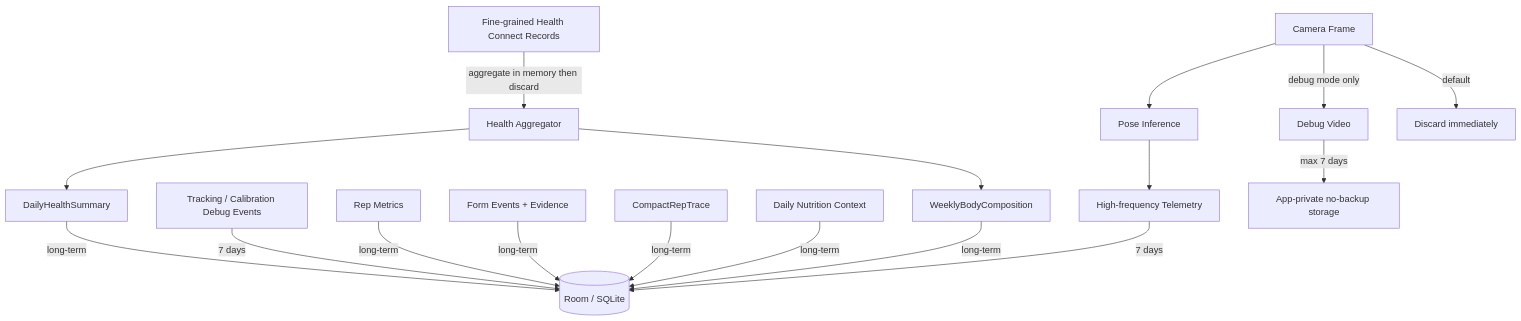
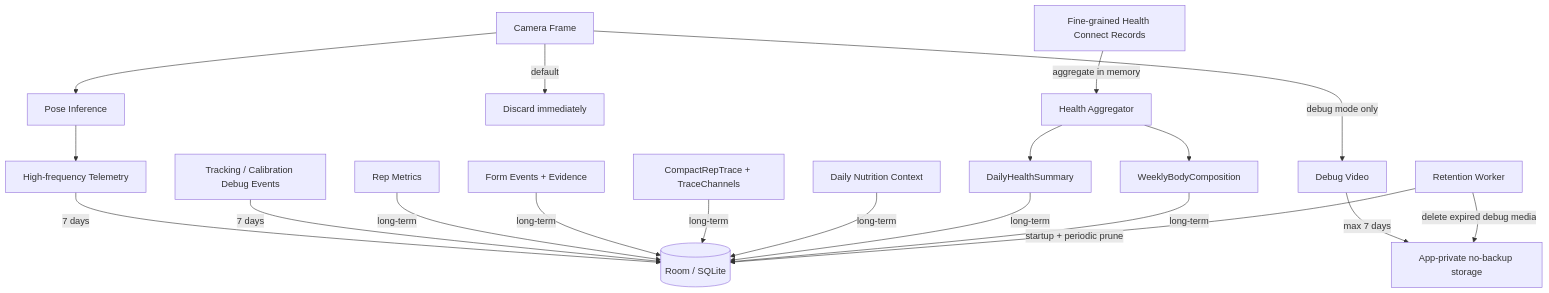
The seventh of 7 diagrams in docs/uml/OVERVIEW.md (lazerta/gym-buddy), drawn with Mermaid before and after one commit. The commit also changed other lines of this file, not shown here.

Commit message:
UML v0.5: sync overview with second-review fixes

````diff
--- a/docs/uml/OVERVIEW.md
+++ b/docs/uml/OVERVIEW.md
@@ -321,19 +334,21 @@
 ```mermaid
 flowchart TD
     F[Camera Frame] --> P[Pose Inference]
     F -->|debug mode only| V[Debug Video]
     F -->|default| D1[Discard immediately]
     P --> T[High-frequency Telemetry]
     T -->|7 days| DB[(Room / SQLite)]
     TE[Tracking / Calibration Debug Events] -->|7 days| DB
     M[Rep Metrics] -->|long-term| DB
     E[Form Events + Evidence] -->|long-term| DB
-    CT[CompactRepTrace] -->|long-term| DB
+    CT[CompactRepTrace + TraceChannels] -->|long-term| DB
     N[Daily Nutrition Context] -->|long-term| DB
     DH[DailyHealthSummary] -->|long-term| DB
-    W[WeeklyBodyComposition] -->|long-term| DB
-    H[Fine-grained Health Connect Records] -->|aggregate in memory then discard| AGG[Health Aggregator]
+    BC[WeeklyBodyComposition] -->|long-term| DB
+    H[Fine-grained Health Connect Records] -->|aggregate in memory| AGG[Health Aggregator]
     AGG --> DH
-    AGG --> W
+    AGG --> BC
     V -->|max 7 days| LF[App-private no-backup storage]
+    RW[Retention Worker] -->|startup + periodic prune| DB
+    RW -->|delete expired debug media| LF
 ```
````
